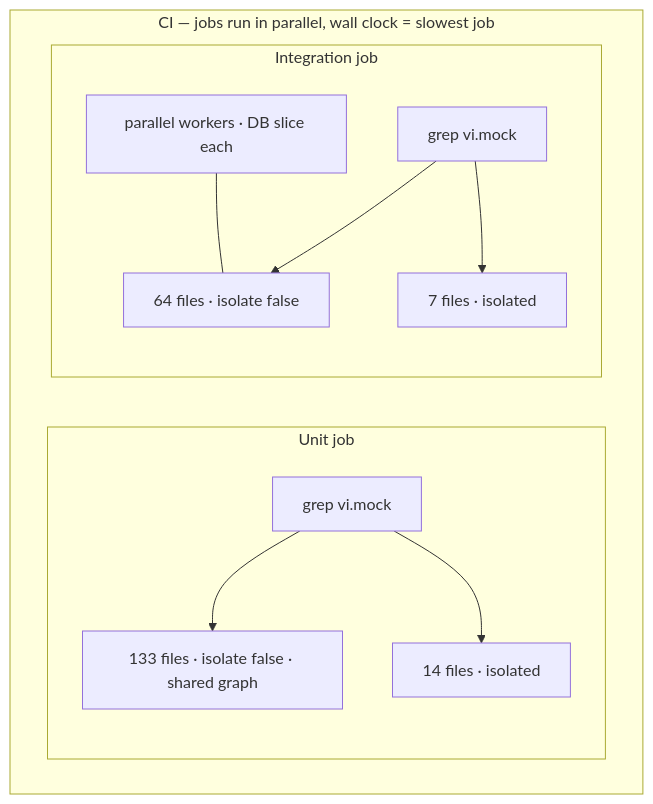
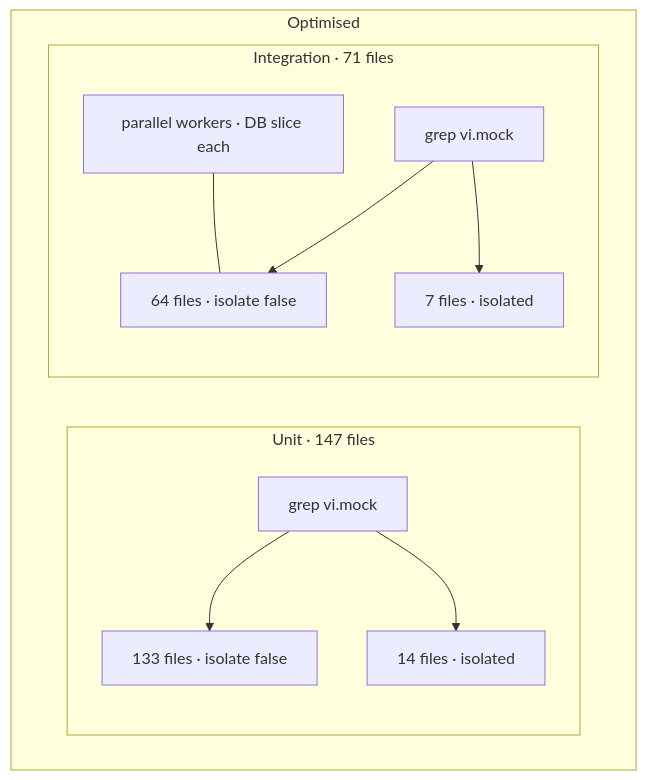
The second of 2 diagrams in docs/blog-speeding-up-vitest-tests.md (opengovsg/plumber), drawn with Mermaid before and after one commit. The commit also changed other lines of this file, not shown here.

First line of the commit message:
docs: anchor before diagram to develop-v2 baseline, not CI layout

````diff
--- a/docs/blog-speeding-up-vitest-tests.md
+++ b/docs/blog-speeding-up-vitest-tests.md
@@ -77,26 +77,26 @@
 ```mermaid
 flowchart TB
-  subgraph ci ["CI — jobs run in parallel, wall clock = slowest job"]
+  subgraph after ["Optimised"]
     direction LR
 
-    subgraph unit ["Unit job"]
+    subgraph unit ["Unit · 147 files"]
       direction TB
       GU["grep vi.mock"]
-      U1["133 files · isolate false · shared graph"]
+      U1["133 files · isolate false"]
       U2["14 files · isolated"]
       GU --> U1
       GU --> U2
     end
 
-    subgraph int ["Integration job"]
+    subgraph int ["Integration · 71 files"]
       direction TB
       GI["grep vi.mock"]
       I1["64 files · isolate false"]
       I2["7 files · isolated"]
       W["parallel workers · DB slice each"]
       GI --> I1
       GI --> I2
       W --- I1
     end
   end
 ```
````
